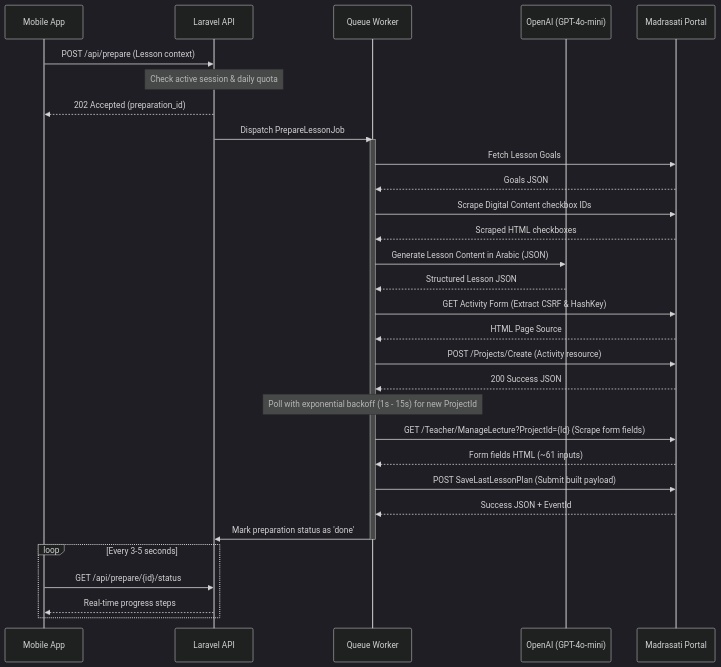
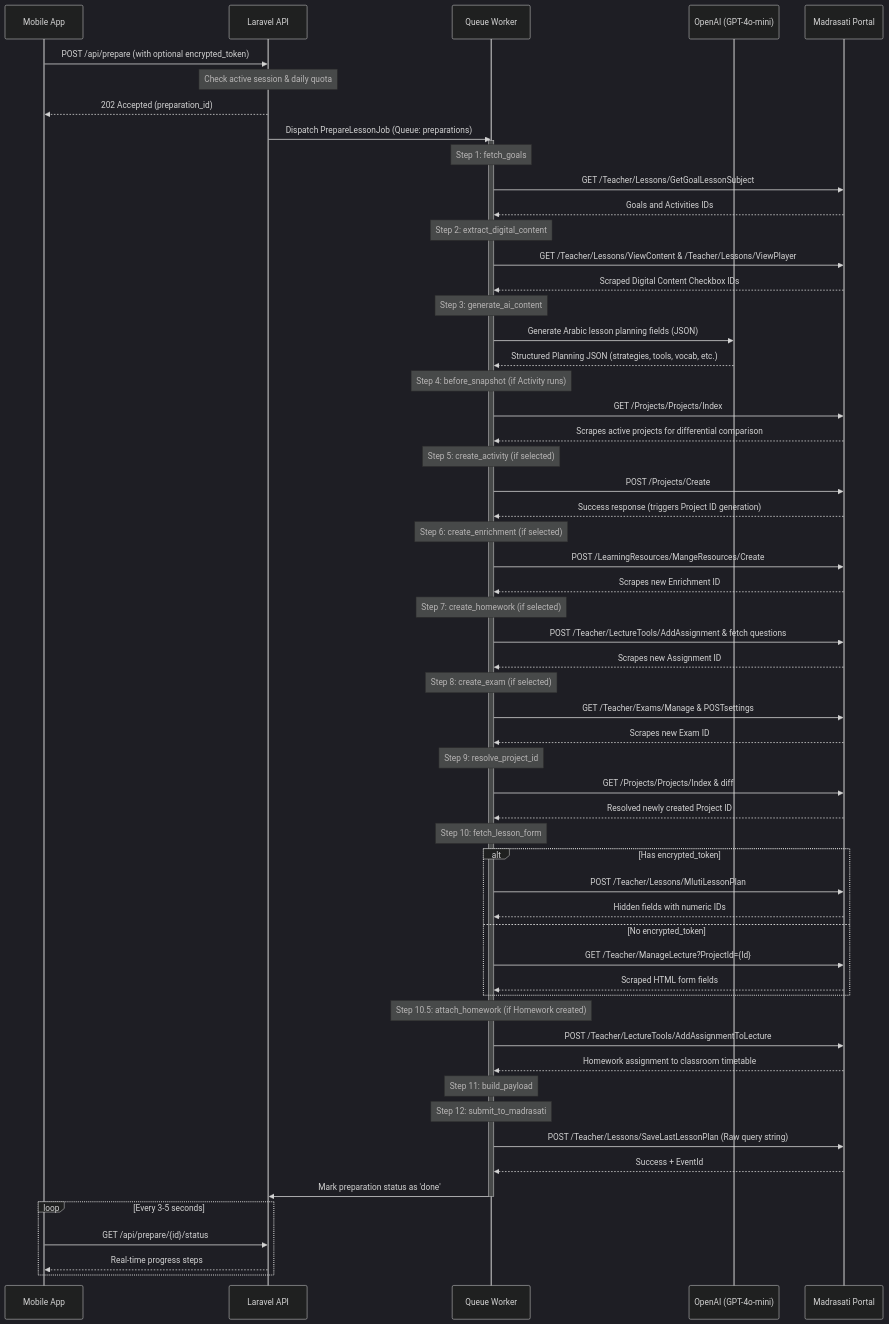
One commit to Aura-QR/moeen-mobile changed the second of 2 diagrams in project_documentation.md. Above: the diagram before and after it, drawn with Mermaid (dark theme). The commit also changed other lines of this file and 21 other files, not shown here.

````diff
--- a/project_documentation.md
+++ b/project_documentation.md
@@ -68,45 +68,76 @@
 ```mermaid
 sequenceDiagram
     participant Mobile App
     participant Laravel API
     participant Queue Worker
     participant OpenAI (GPT-4o-mini)
     participant Madrasati Portal
 
-    Mobile App->>Laravel API: POST /api/prepare (Lesson context)
+    Mobile App->>Laravel API: POST /api/prepare (with optional encrypted_token)
     Note over Laravel API: Check active session & daily quota
     Laravel API-->>Mobile App: 202 Accepted (preparation_id)
-    Laravel API->>Queue Worker: Dispatch PrepareLessonJob
+    Laravel API->>Queue Worker: Dispatch PrepareLessonJob (Queue: preparations)
     
     activate Queue Worker
-    Queue Worker->>Madrasati Portal: Fetch Lesson Goals
-    Madrasati Portal-->>Queue Worker: Goals JSON
+    Note over Queue Worker: Step 1: fetch_goals
+    Queue Worker->>Madrasati Portal: GET /Teacher/Lessons/GetGoalLessonSubject
+    Madrasati Portal-->>Queue Worker: Goals and Activities IDs
     
-    Queue Worker->>Madrasati Portal: Scrape Digital Content checkbox IDs
-    Madrasati Portal-->>Queue Worker: Scraped HTML checkboxes
+    Note over Queue Worker: Step 2: extract_digital_content
+    Queue Worker->>Madrasati Portal: GET /Teacher/Lessons/ViewContent & /Teacher/Lessons/ViewPlayer
+    Madrasati Portal-->>Queue Worker: Scraped Digital Content Checkbox IDs
     
-    Queue Worker->>OpenAI (GPT-4o-mini): Generate Lesson Content in Arabic (JSON)
-    OpenAI (GPT-4o-mini)-->>Queue Worker: Structured Lesson JSON
+    Note over Queue Worker: Step 3: generate_ai_content
+    Queue Worker->>OpenAI (GPT-4o-mini): Generate Arabic lesson planning fields (JSON)
+    OpenAI (GPT-4o-mini)-->>Queue Worker: Structured Planning JSON (strategies, tools, vocab, etc.)
     
-    Queue Worker->>Madrasati Portal: GET Activity Form (Extract CSRF & HashKey)
-    Madrasati Portal-->>Queue Worker: HTML Page Source
+    Note over Queue Worker: Step 4: before_snapshot (if Activity runs)
+    Queue Worker->>Madrasati Portal: GET /Projects/Projects/Index
+    Madrasati Portal-->>Queue Worker: Scrapes active projects for differential comparison
     
-    Queue Worker->>Madrasati Portal: POST /Projects/Create (Activity resource)
-    Madrasati Portal-->>Queue Worker: 200 Success JSON
+    Note over Queue Worker: Step 5: create_activity (if selected)
+    Queue Worker->>Madrasati Portal: POST /Projects/Create
+    Madrasati Portal-->>Queue Worker: Success response (triggers Project ID generation)
     
-    Note over Queue Worker: Poll with exponential backoff (1s - 15s) for new ProjectId
+    Note over Queue Worker: Step 6: create_enrichment (if selected)
+    Queue Worker->>Madrasati Portal: POST /LearningResources/MangeResources/Create
+    Madrasati Portal-->>Queue Worker: Scrapes new Enrichment ID
     
-    Queue Worker->>Madrasati Portal: GET /Teacher/ManageLecture?ProjectId={Id} (Scrape form fields)
-    Madrasati Portal-->>Queue Worker: Form fields HTML (~61 inputs)
+    Note over Queue Worker: Step 7: create_homework (if selected)
+    Queue Worker->>Madrasati Portal: POST /Teacher/LectureTools/AddAssignment & fetch questions
+    Madrasati Portal-->>Queue Worker: Scrapes new Assignment ID
     
-    Queue Worker->>Madrasati Portal: POST SaveLastLessonPlan (Submit built payload)
-    Madrasati Portal-->>Queue Worker: Success JSON + EventId
+    Note over Queue Worker: Step 8: create_exam (if selected)
+    Queue Worker->>Madrasati Portal: GET /Teacher/Exams/Manage & POSTsettings
+    Madrasati Portal-->>Queue Worker: Scrapes new Exam ID
+    
+    Note over Queue Worker: Step 9: resolve_project_id
+    Queue Worker->>Madrasati Portal: GET /Projects/Projects/Index & diff
+    Madrasati Portal-->>Queue Worker: Resolved newly created Project ID
+    
+    Note over Queue Worker: Step 10: fetch_lesson_form
+    alt Has encrypted_token
+        Queue Worker->>Madrasati Portal: POST /Teacher/Lessons/MlutiLessonPlan
+        Madrasati Portal-->>Queue Worker: Hidden fields with numeric IDs
+    else No encrypted_token
+        Queue Worker->>Madrasati Portal: GET /Teacher/ManageLecture?ProjectId={Id}
+        Madrasati Portal-->>Queue Worker: Scraped HTML form fields
+    end
+    
+    Note over Queue Worker: Step 10.5: attach_homework (if Homework created)
+    Queue Worker->>Madrasati Portal: POST /Teacher/LectureTools/AddAssignmentToLecture
+    Madrasati Portal-->>Queue Worker: Homework assignment to classroom timetable
+    
+    Note over Queue Worker: Step 11: build_payload
+    Note over Queue Worker: Step 12: submit_to_madrasati
+    Queue Worker->>Madrasati Portal: POST /Teacher/Lessons/SaveLastLessonPlan (Raw query string)
+    Madrasati Portal-->>Queue Worker: Success + EventId
     
     Queue Worker->>Laravel API: Mark preparation status as 'done'
     deactivate Queue Worker
 
     Loop Every 3-5 seconds
         Mobile App->>Laravel API: GET /api/prepare/{id}/status
         Laravel API-->>Mobile App: Real-time progress steps
     end
 ```
````
